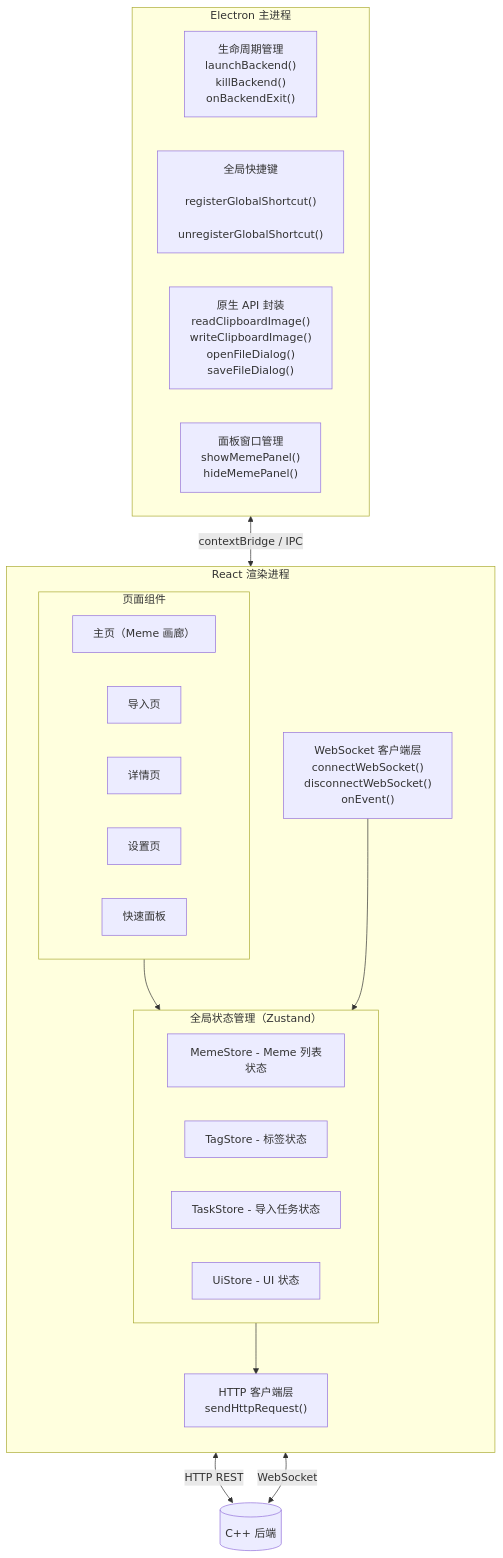
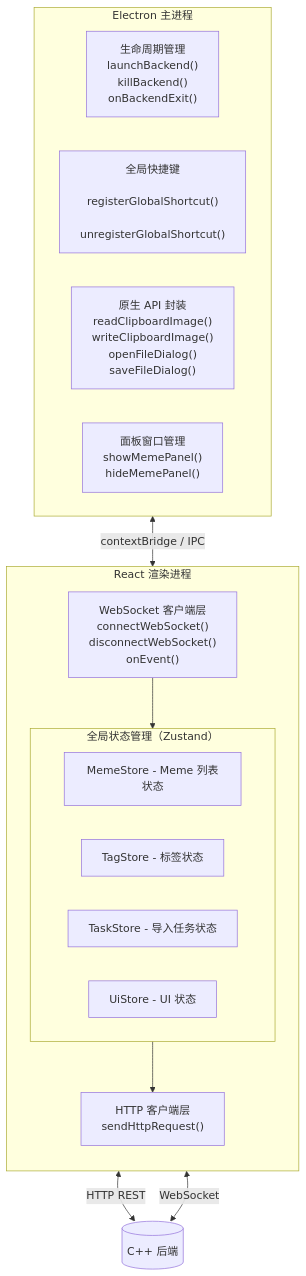
One commit to MintITes/QuickMemes changed the first of 3 diagrams in docs/arch/frontend.md. Above: the diagram before and after it, drawn with Mermaid. The commit also changed other lines of this file and 7 other files, not shown here.

````diff
--- a/docs/arch/frontend.md
+++ b/docs/arch/frontend.md
@@ -40,52 +43,44 @@
 ```mermaid
 graph TD
     subgraph ELECTRON_MAIN ["Electron 主进程"]
         LIFECYCLE["生命周期管理
         launchBackend()
         killBackend()
         onBackendExit()"]
         SHORTCUT["全局快捷键
         registerGlobalShortcut()
         unregisterGlobalShortcut()"]
         NATIVE["原生 API 封装
         readClipboardImage()
         writeClipboardImage()
         openFileDialog()
         saveFileDialog()"]
         PANEL["面板窗口管理
         showMemePanel()
         hideMemePanel()"]
     end
 
     subgraph RENDERER ["React 渲染进程"]
         direction TB
         HTTP_CLIENT["HTTP 客户端层
         sendHttpRequest()"]
         WS_CLIENT["WebSocket 客户端层
         connectWebSocket()
         disconnectWebSocket()
         onEvent()"]
 
-        subgraph PAGES ["页面组件"]
-            HOME["主页（Meme 画廊）"]
-            IMPORT["导入页"]
-            DETAIL["详情页"]
-            SETTINGS["设置页"]
-            PANEL_UI["快速面板"]
-        end
 
         subgraph STORE ["全局状态管理（Zustand）"]
             MEME_STORE["MemeStore - Meme 列表状态"]
             TAG_STORE["TagStore - 标签状态"]
             TASK_STORE["TaskStore - 导入任务状态"]
             UI_STORE["UiStore - UI 状态"]
         end
     end
 
     ELECTRON_MAIN <-->|"contextBridge / IPC"| RENDERER
     HTTP_CLIENT <-->|"HTTP REST"| BACKEND[("C++ 后端")]
     WS_CLIENT <-->|"WebSocket"| BACKEND
-    PAGES --> STORE
     STORE --> HTTP_CLIENT
     WS_CLIENT --> STORE
 ```
````
